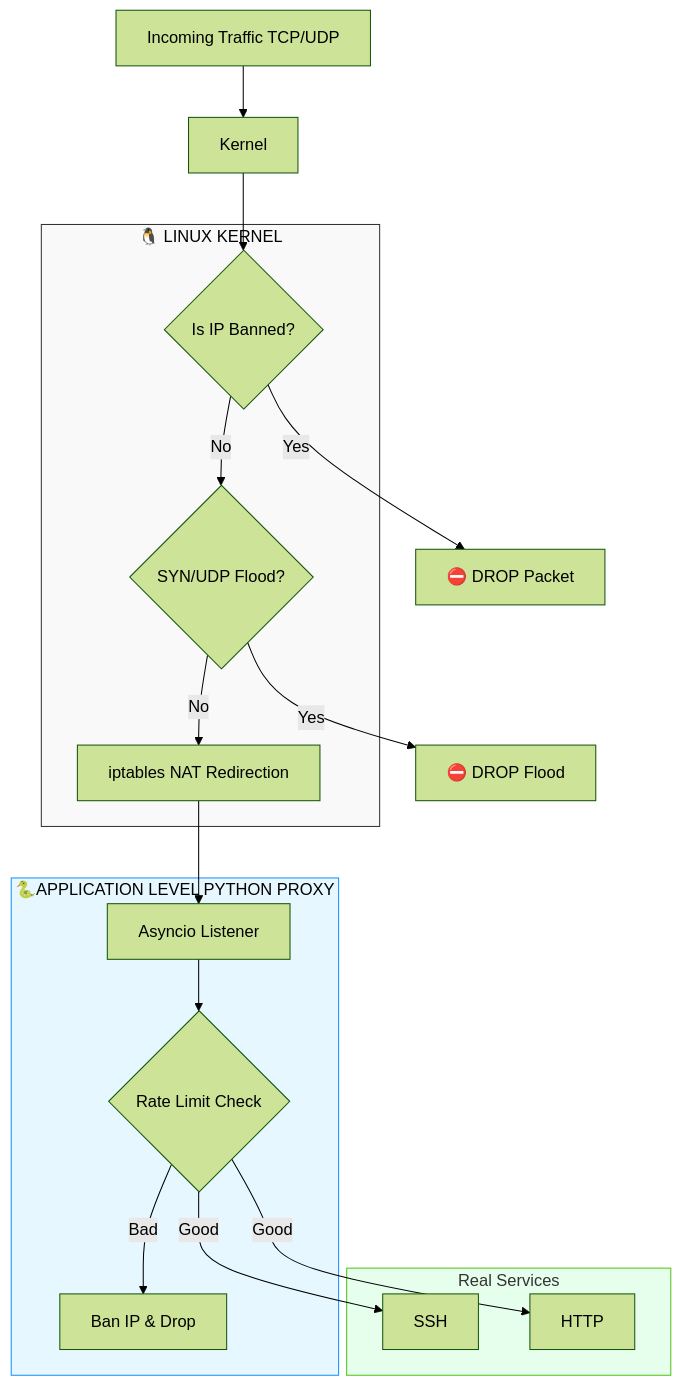
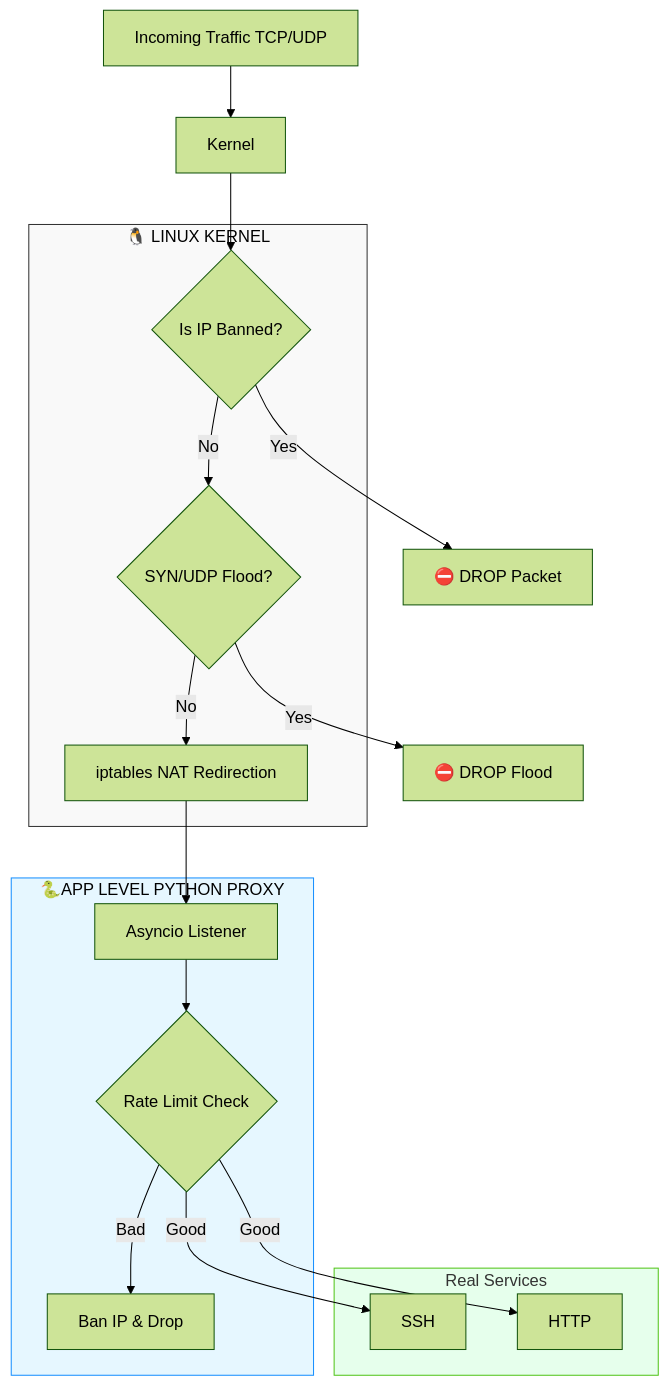
Before and after one commit to keremincii/ddos-preventer-for-lan: the diagram in PROJECT_MANUAL.md, drawn with Mermaid (forest theme). The commit also changed other lines of this file, not shown here.

Commit message:
Update PROJECT_MANUAL.md with project details

````diff
--- a/PROJECT_MANUAL.md
+++ b/PROJECT_MANUAL.md
@@ -8,38 +8,38 @@
 ```mermaid
 graph TD
     Input[Incoming Traffic TCP/UDP] --> Kernel
     
     subgraph Linux_Kernel [🐧 LINUX KERNEL]
         style Linux_Kernel fill:#f9f9f9,stroke:#333,color:#000
         Blocklist{Is IP Banned?}
         FloodProt{SYN/UDP Flood?}
         NAT[iptables NAT Redirection]
     end
 
-    subgraph User_Space [🐍APPLICATION LEVEL PYTHON PROXY]
+    subgraph User_Space [🐍APP LEVEL PYTHON PROXY]
         style User_Space fill:#e6f7ff,stroke:#1890ff,color:#000
         ProxyList[Asyncio Listener]
         RateLimit{Rate Limit Check}
         Mitigation[Ban IP & Drop]
     end
 
     subgraph Services [Real Services]
         style Services fill:#e6ffec,stroke:#52c41a
         SSH[SSH]
         HTTP[HTTP]
     end
 
     %% Akış Mantığı
     Kernel --> Blocklist
     Blocklist -- Yes --> Drop1[⛔ DROP Packet]
     Blocklist -- No --> FloodProt
     
     FloodProt -- Yes --> Drop2[⛔ DROP Flood]
     FloodProt -- No --> NAT
     
     NAT --> ProxyList
     ProxyList --> RateLimit
     
     RateLimit -- Good --> SSH & HTTP
     RateLimit -- Bad --> Mitigation
 ```
````
